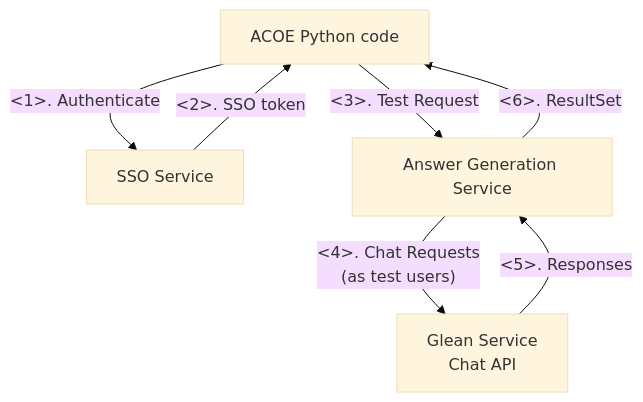
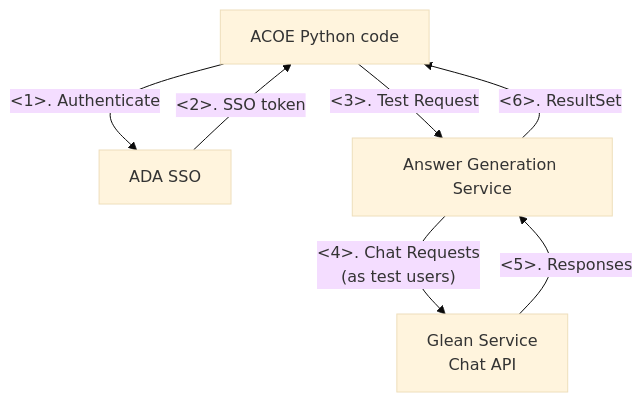
The first of 2 diagrams in test-automation-architecture.md (andrewhzy/test-automation), drawn with Mermaid (base theme) before and after one commit. The commit also changed other lines of this file and 1 other file, not shown here.

Commit message:
updated test-automation-architecture.md to reflect the new ADA SSO service name and remove references to the old SSO service.

````diff
--- a/test-automation-architecture.md
+++ b/test-automation-architecture.md
@@ -16,14 +16,14 @@
 ```mermaid
 graph TB
     Client[ACOE Python code]
-    SSO[SSO Service]
+    SSO[ADA SSO]
     TestAuto[Answer Generation Service]
     Glean[Glean Service<br/>Chat API]
     
     Client -->|<1>. Authenticate| SSO
     SSO -->|<2>. SSO token| Client
     Client -->|<3>. Test Request| TestAuto
     TestAuto -->|"<4>. Chat Requests<br/>(as test users)"| Glean
     Glean -->|<5>. Responses| TestAuto
     TestAuto -->|"<6>. ResultSet"| Client
 ```
````
